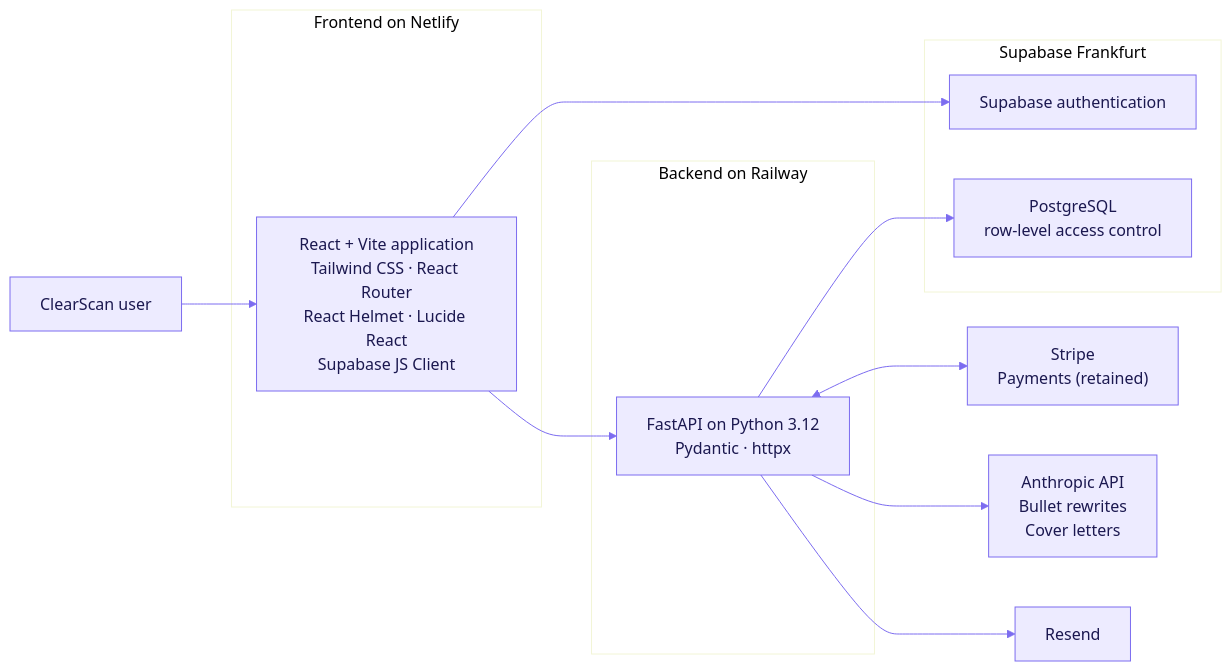
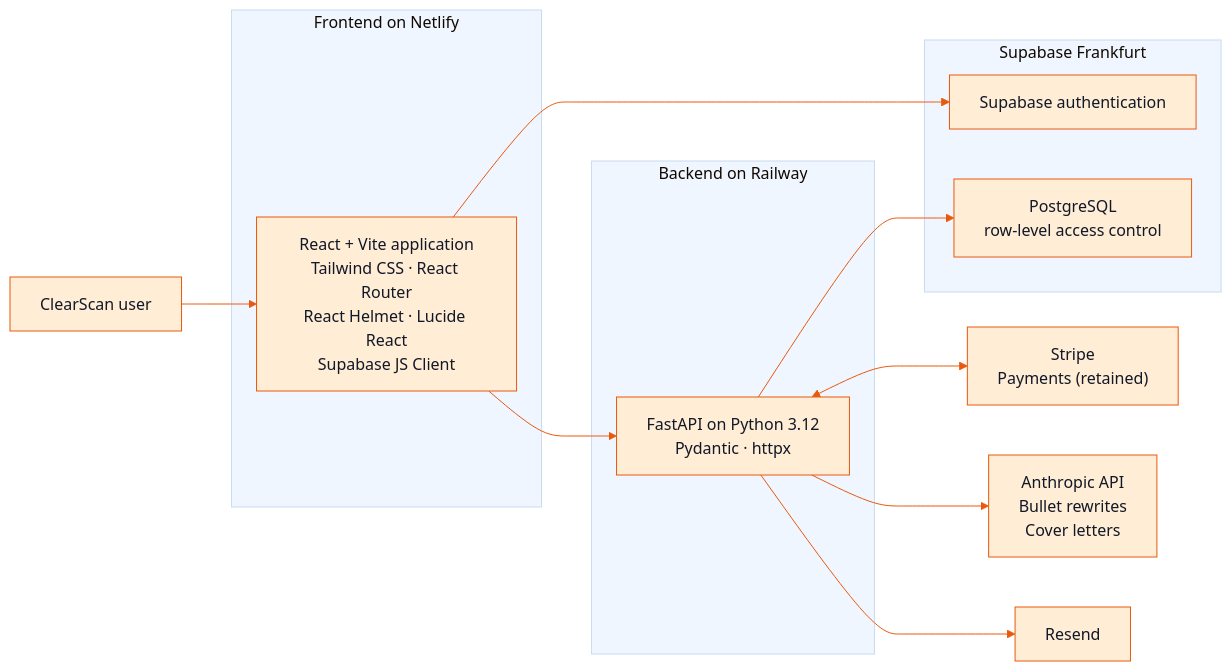
The diagram in docs/02-architecture.md (swagatskalita092/clearscan-engineering), drawn with Mermaid before and after one commit. The commit also changed 13 other files, not shown here.

````diff
--- a/docs/02-architecture.md
+++ b/docs/02-architecture.md
@@ -10,30 +10,30 @@
 ```mermaid
-%%{init: {'theme':'base','themeVariables':{'primaryColor':'#EDEBFF','primaryTextColor':'#1B1850','primaryBorderColor':'#7C6CF0','lineColor':'#7C6CF0','fontFamily':'Inter, Segoe UI, sans-serif'}}}%%
+%%{init: {'theme':'base','themeVariables':{'primaryColor':'#FFEDD5','primaryTextColor':'#111827','primaryBorderColor':'#EA580C','lineColor':'#EA580C','fontFamily':'Plus Jakarta Sans, Inter, Segoe UI, sans-serif'}}}%%
 flowchart LR
     User[ClearScan user]
 
     subgraph Frontend["Frontend on Netlify"]
         Web["React + Vite application<br/>Tailwind CSS · React Router<br/>React Helmet · Lucide React<br/>Supabase JS Client"]
     end
 
     subgraph Backend["Backend on Railway"]
         API["FastAPI on Python 3.12<br/>Pydantic · httpx"]
     end
 
     subgraph Data["Supabase Frankfurt"]
         Auth["Supabase authentication"]
         DB["PostgreSQL<br/>row-level access control"]
     end
 
     Stripe["Stripe<br/>Payments (retained)"]
     Anthropic["Anthropic API<br/>Bullet rewrites<br/>Cover letters"]
     Resend["Resend"]
 
     User --> Web
     Web --> API
     Web --> Auth
     API --> DB
     API <--> Stripe
     API --> Anthropic
     API --> Resend
 ```
````
